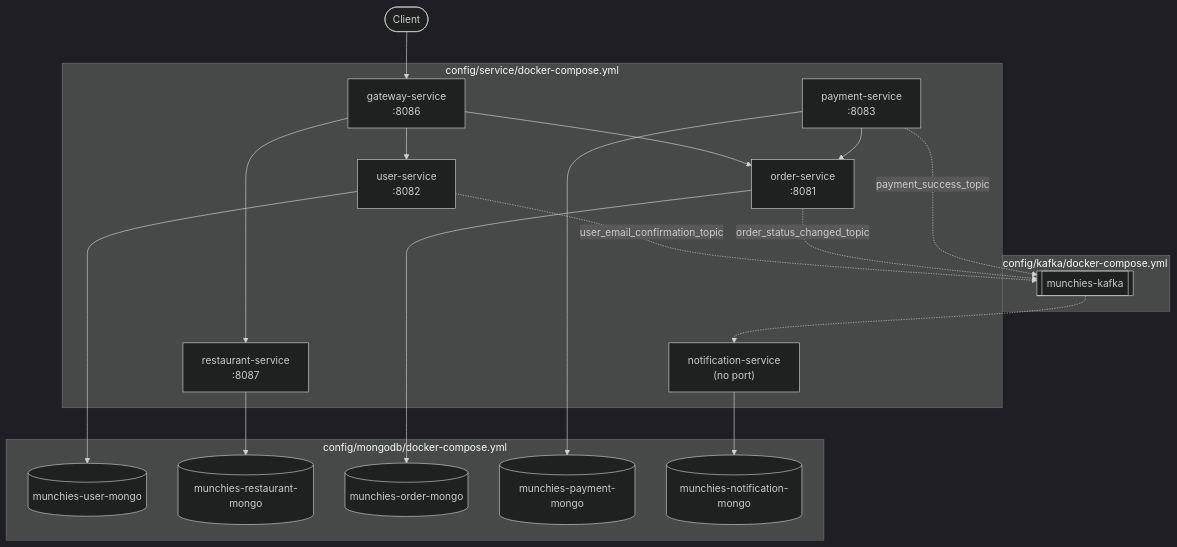
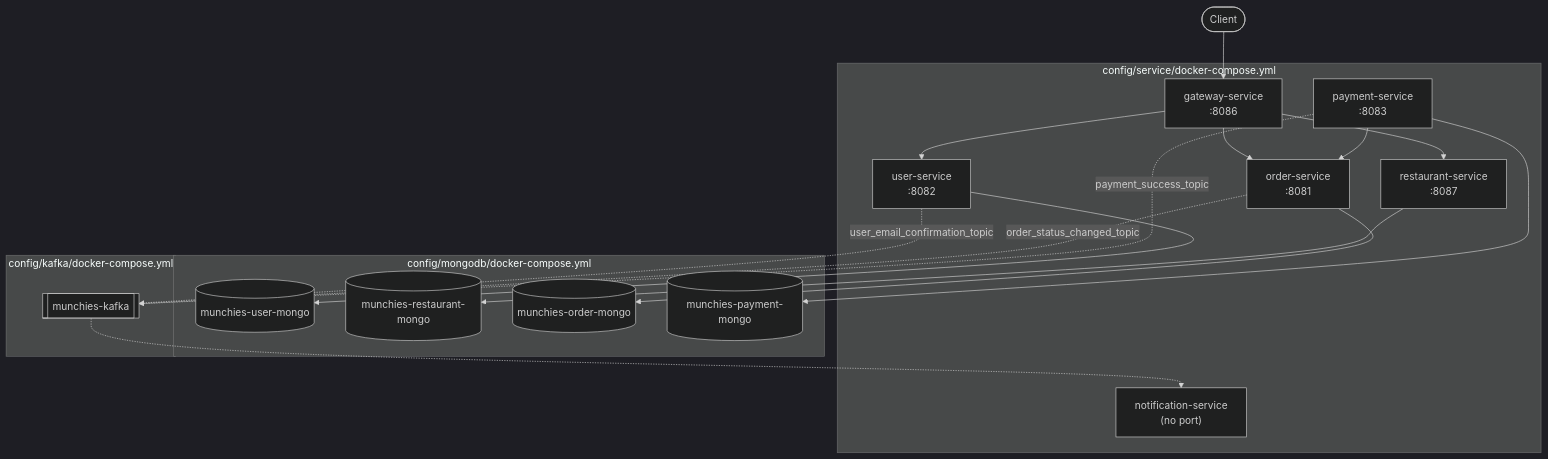
Before and after one commit to Norby99/munchies: the diagram in docs/reports/saap/03-Deployment/docker-compose.md, drawn with Mermaid (dark theme). The commit also changed other lines of this file and 11 other files, not shown here.

````diff
--- a/docs/reports/saap/03-Deployment/docker-compose.md
+++ b/docs/reports/saap/03-Deployment/docker-compose.md
@@ -34,38 +34,36 @@
 ```mermaid
 flowchart TB
     subgraph svc["config/service/docker-compose.yml"]
         gateway["gateway-service<br/>:8086"]
         user["user-service<br/>:8082"]
         restaurant["restaurant-service<br/>:8087"]
         order["order-service<br/>:8081"]
         payment["payment-service<br/>:8083"]
         notification["notification-service<br/>(no port)"]
     end
 
     subgraph db["config/mongodb/docker-compose.yml"]
         umongo[("munchies-user-mongo")]
         rmongo[("munchies-restaurant-mongo")]
         omongo[("munchies-order-mongo")]
         pmongo[("munchies-payment-mongo")]
-        nmongo[("munchies-notification-mongo")]
     end
 
     subgraph kafka_file["config/kafka/docker-compose.yml"]
         kafka[["munchies-kafka"]]
     end
 
     client(["Client"]) --> gateway
     gateway --> user
     gateway --> restaurant
     gateway --> order
     payment --> order
     user --> umongo
     restaurant --> rmongo
     order --> omongo
     payment --> pmongo
-    notification --> nmongo
     user -.->|user_email_confirmation_topic| kafka
     order -.->|order_status_changed_topic| kafka
     payment -.->|payment_success_topic| kafka
     kafka -.-> notification
 ```
````
